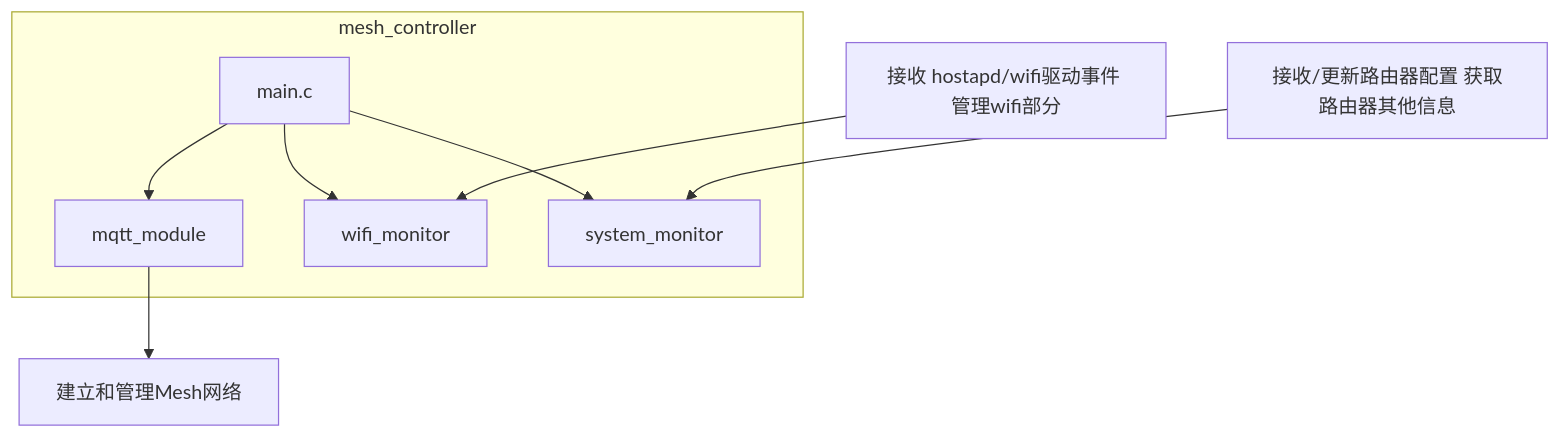
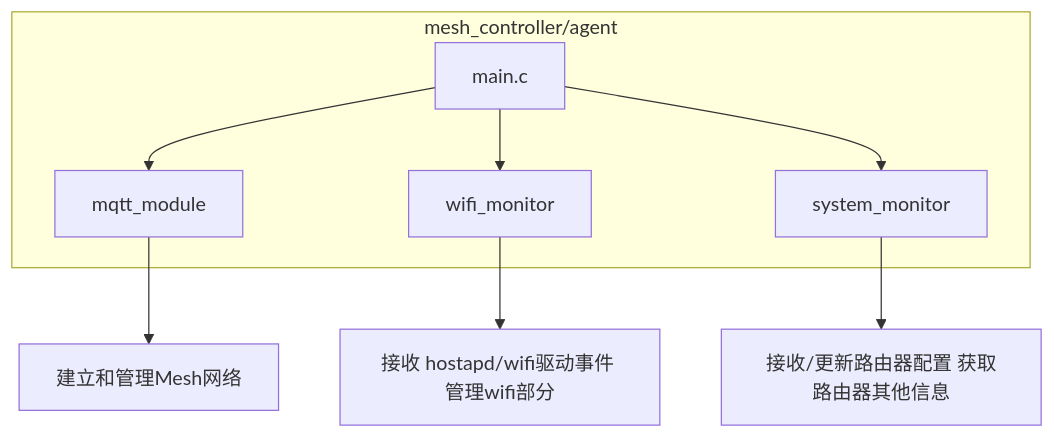
One commit to ddb65536/SimpleMesh changed the diagram in README.md. Above: the diagram before and after it, drawn with Mermaid. The commit also changed other lines of this file and 9 other files, not shown here.

````diff
--- a/README.md
+++ b/README.md
@@ -16,13 +16,13 @@
 ```mermaid
 graph TB
-    subgraph "mesh_controller"
+    subgraph "mesh_controller/agent"
         A[main.c] --> B[mqtt_module]
         A --> C[wifi_monitor]
         A --> D[system_monitor]
     
     end
     
     B --> E[建立和管理Mesh网络] 
-    F[接收 hostapd/wifi驱动事件 管理wifi部分] --> C
-    G[接收/更新路由器配置 获取路由器其他信息] --> D
+    C --> F[接收 hostapd/wifi驱动事件 管理wifi部分] 
+    D --> G[接收/更新路由器配置 获取路由器其他信息] 
 ```
````
